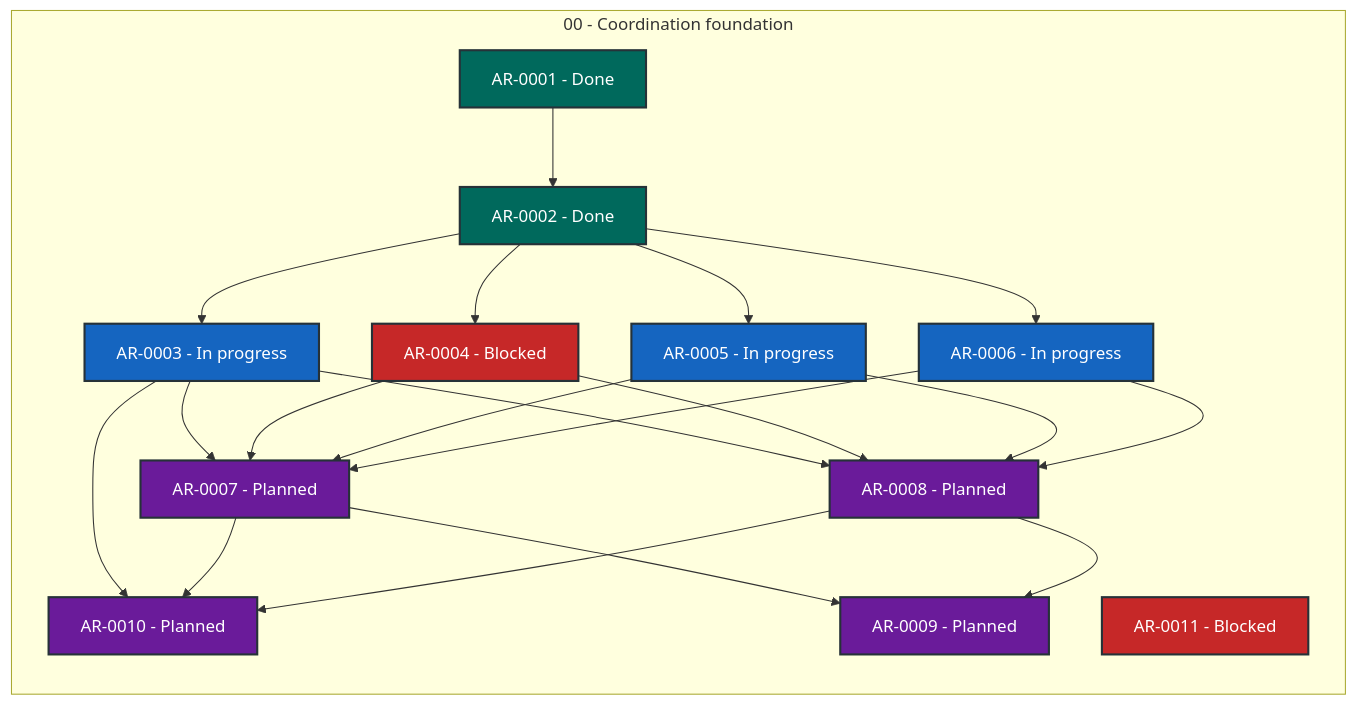
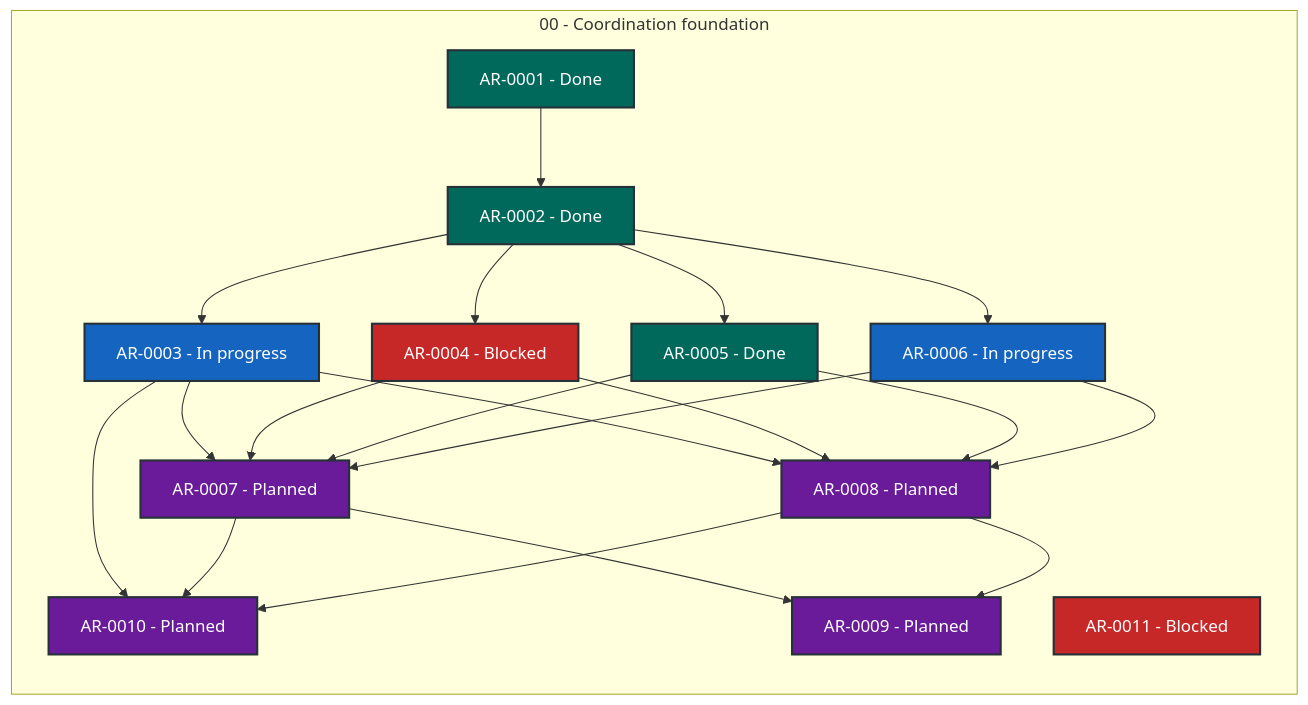
The diagram in STATUS.md (martin-beck/agent-workflow-coordinator-state), drawn with Mermaid before and after one commit. The commit also changed other lines of this file and 2 other files, not shown here.

````diff
--- a/STATUS.md
+++ b/STATUS.md
@@ -27,43 +27,43 @@
 ```mermaid
 flowchart LR
     subgraph series_00["00 - Coordination foundation"]
         direction TB
         AR_0001["AR-0001 - Done"]:::status_done
         AR_0002["AR-0002 - Done"]:::status_done
         AR_0003["AR-0003 - In progress"]:::status_in_progress
         AR_0004["AR-0004 - Blocked"]:::status_blocked
-        AR_0005["AR-0005 - In progress"]:::status_in_progress
+        AR_0005["AR-0005 - Done"]:::status_done
         AR_0006["AR-0006 - In progress"]:::status_in_progress
         AR_0007["AR-0007 - Planned"]:::status_planned
         AR_0008["AR-0008 - Planned"]:::status_planned
         AR_0009["AR-0009 - Planned"]:::status_planned
         AR_0010["AR-0010 - Planned"]:::status_planned
         AR_0011["AR-0011 - Blocked"]:::status_blocked
     end
     AR_0001 --> AR_0002
     AR_0002 --> AR_0003
     AR_0002 --> AR_0004
     AR_0002 --> AR_0005
     AR_0002 --> AR_0006
     AR_0003 --> AR_0007
     AR_0003 --> AR_0008
     AR_0003 --> AR_0010
     AR_0004 --> AR_0007
     AR_0004 --> AR_0008
     AR_0005 --> AR_0007
     AR_0005 --> AR_0008
     AR_0006 --> AR_0007
     AR_0006 --> AR_0008
     AR_0007 --> AR_0009
     AR_0007 --> AR_0010
     AR_0008 --> AR_0009
     AR_0008 --> AR_0010
     classDef status_in_progress fill:#1565c0,color:#ffffff,stroke:#263238,stroke-width:2px
     classDef status_open fill:#2e7d32,color:#ffffff,stroke:#263238,stroke-width:2px
     classDef status_blocked fill:#c62828,color:#ffffff,stroke:#263238,stroke-width:2px
     classDef status_planned fill:#6a1b9a,color:#ffffff,stroke:#263238,stroke-width:2px
     classDef status_future fill:#455a64,color:#ffffff,stroke:#263238,stroke-width:2px
     classDef status_done fill:#00695c,color:#ffffff,stroke:#263238,stroke-width:2px
     classDef status_cancelled fill:#616161,color:#ffffff,stroke:#263238,stroke-width:2px
     classDef status_superseded fill:#5d4037,color:#ffffff,stroke:#263238,stroke-width:2px
 ```
````
